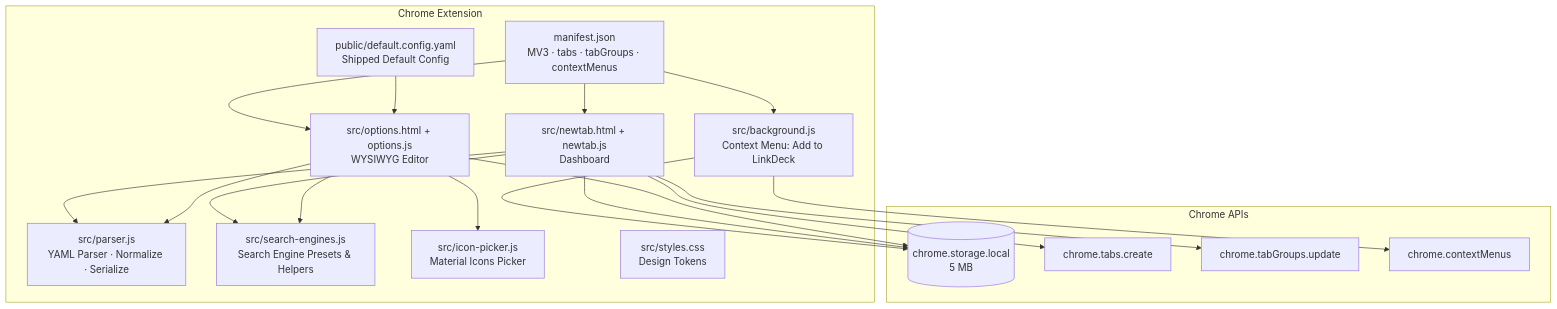
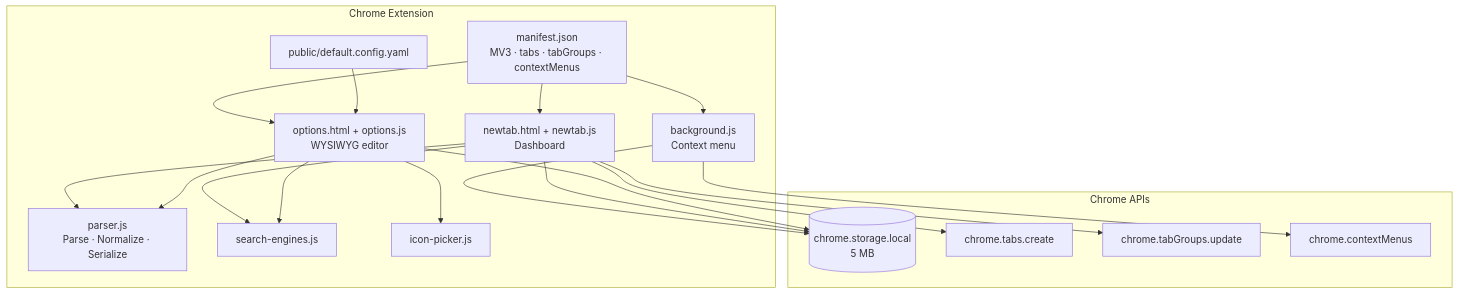
One commit to 64x-lunicorn/LinkDeck changed the second of 3 diagrams in README.md. Above: the diagram before and after it, drawn with Mermaid. The commit also changed other lines of this file and 2 other files, not shown here.

````diff
--- a/README.md
+++ b/README.md
@@ -37,37 +216,36 @@
 ```mermaid
 graph TD
     subgraph "Chrome Extension"
         M[manifest.json<br/>MV3 · tabs · tabGroups · contextMenus]
-        BG[src/background.js<br/>Context Menu: Add to LinkDeck]
-        NT[src/newtab.html + newtab.js<br/>Dashboard]
-        OPT[src/options.html + options.js<br/>WYSIWYG Editor]
-        P[src/parser.js<br/>YAML Parser · Normalize · Serialize]
-        SE[src/search-engines.js<br/>Search Engine Presets & Helpers]
-        IP[src/icon-picker.js<br/>Material Icons Picker]
-        S[src/styles.css<br/>Design Tokens]
-        CFG[public/default.config.yaml<br/>Shipped Default Config]
+        BG[background.js<br/>Context menu]
+        NT[newtab.html + newtab.js<br/>Dashboard]
+        OPT[options.html + options.js<br/>WYSIWYG editor]
+        P[parser.js<br/>Parse · Normalize · Serialize]
+        SE[search-engines.js]
+        IP[icon-picker.js]
+        CFG[public/default.config.yaml]
     end
 
     subgraph "Chrome APIs"
         STORE[(chrome.storage.local<br/>5 MB)]
         TABS[chrome.tabs.create]
         TG[chrome.tabGroups.update]
         CM[chrome.contextMenus]
     end
 
     NT --> P
     NT --> SE
     OPT --> P
     OPT --> SE
     OPT --> IP
     BG --> STORE
     BG --> CM
     NT --> STORE
     OPT --> STORE
     NT --> TABS
     NT --> TG
     M --> NT
     M --> OPT
     M --> BG
     CFG --> OPT
 ```
````
